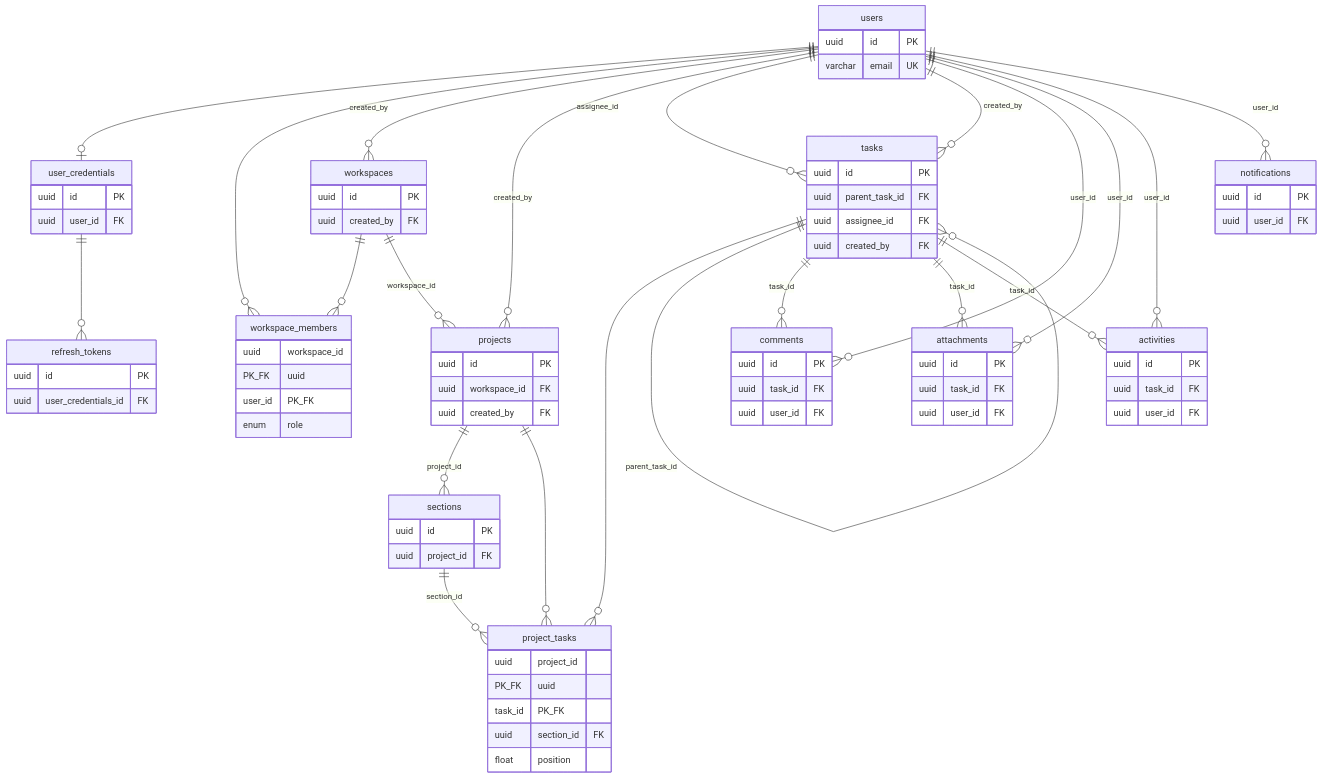
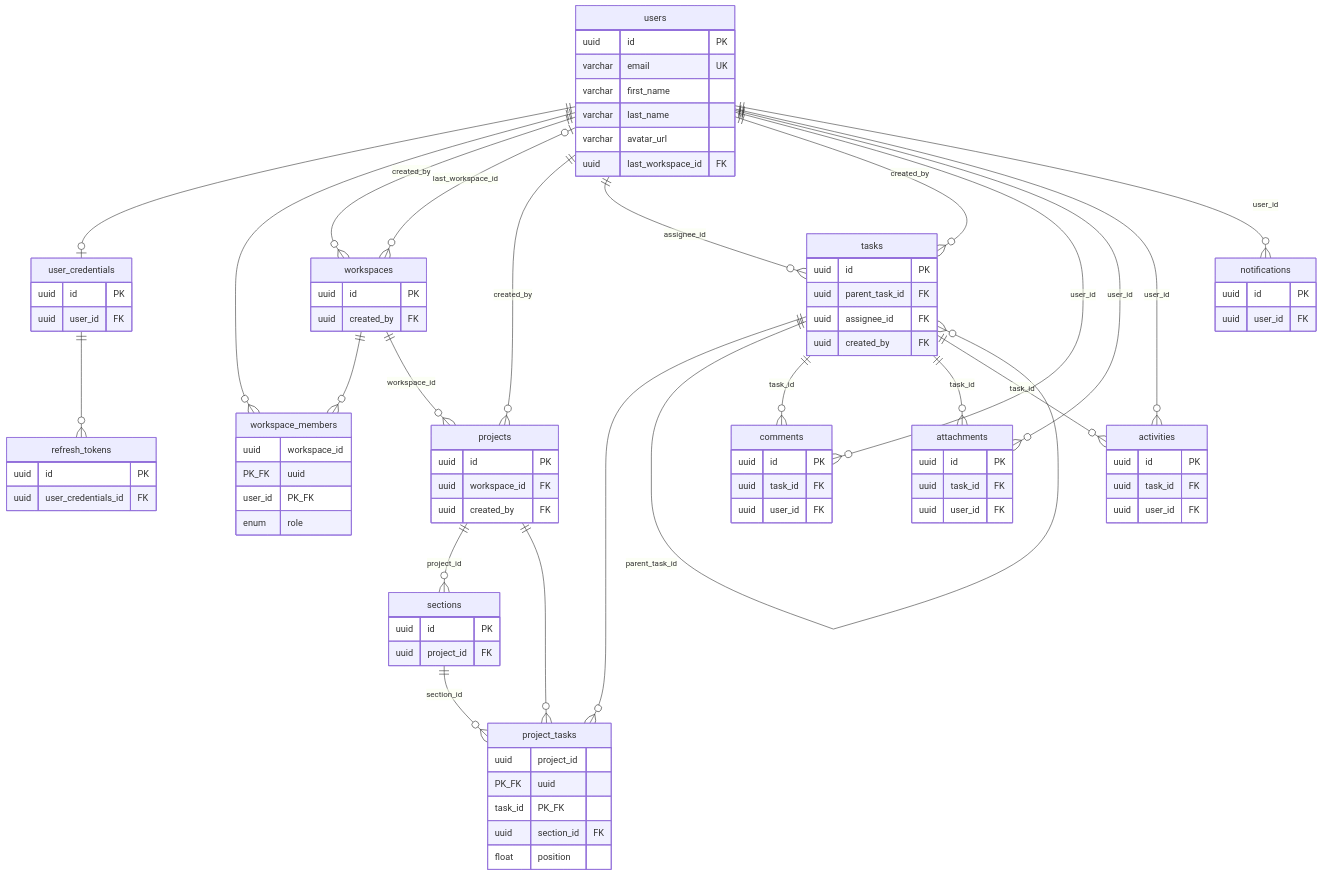
One commit to alxdrsmirnov/task-tracker-backend changed the diagram in docs/architecture.md. Above: the diagram before and after it, drawn with Mermaid. The commit also changed other lines of this file and 4 other files, not shown here.

```diff
--- a/docs/architecture.md
+++ b/docs/architecture.md
@@ -118,6 +119,7 @@
     users ||--o{ workspace_members : ""
     workspaces ||--o{ workspace_members : ""
     users ||--o{ workspaces : "created_by"
+    users |o--o{ workspaces : "last_workspace_id"
     workspaces ||--o{ projects : "workspace_id"
     users ||--o{ projects : "created_by"
     projects ||--o{ sections : "project_id"
@@ -139,6 +141,10 @@
     users {
         uuid id PK
         varchar email UK
+        varchar first_name
+        varchar last_name
+        varchar avatar_url
+        uuid last_workspace_id FK
     }
     user_credentials {
         uuid id PK
```
